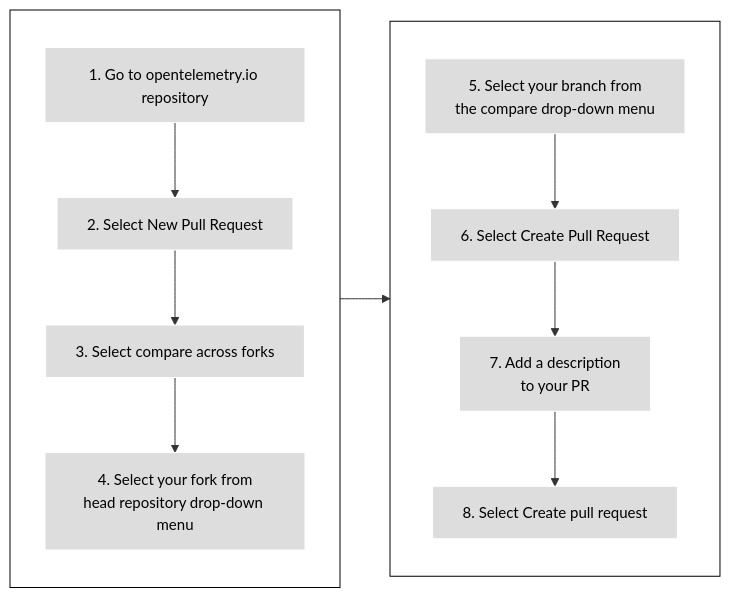
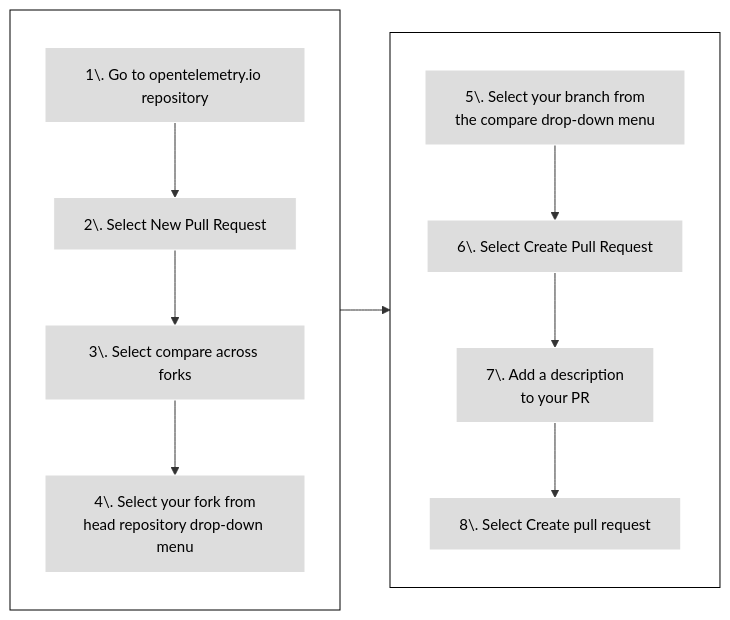
One commit to open-telemetry/opentelemetry.io changed the fourth of 4 diagrams in content/en/docs/contributing/pull-requests.md. Above: the diagram before and after it, drawn with Mermaid. The commit also changed other lines of this file, not shown here.

Commit message:
fix: Unsupported markdown: list due to missing parsed period in contributing/pull-requests page (#6253)

````diff
--- a/content/en/docs/contributing/pull-requests.md
+++ b/content/en/docs/contributing/pull-requests.md
@@ -288,22 +288,22 @@
 ```mermaid
 flowchart LR
 subgraph first[ ]
 direction TB
-1[1. Go to opentelemetry.io repository] --> 2[2. Select New Pull Request]
-2 --> 3[3. Select compare across forks]
-3 --> 4[4. Select your fork from<br>head repository drop-down menu]
+1[1\. Go to opentelemetry.io repository] --> 2[2\. Select New Pull Request]
+2 --> 3[3\. Select compare across forks]
+3 --> 4[4\. Select your fork from<br>head repository drop-down menu]
 end
 subgraph second [ ]
 direction TB
-5[5. Select your branch from<br>the compare drop-down menu] --> 6[6. Select Create Pull Request]
-6 --> 7[7. Add a description<br>to your PR]
-7 --> 8[8. Select Create pull request]
+5[5\. Select your branch from<br>the compare drop-down menu] --> 6[6\. Select Create Pull Request]
+6 --> 7[7\. Add a description<br>to your PR]
+7 --> 8[8\. Select Create pull request]
 end
 
 first --> second
 
 classDef grey fill:#dddddd,stroke:#ffffff,stroke-width:px,color:#000000, font-size:15px;
 classDef white fill:#ffffff,stroke:#000,stroke-width:px,color:#000,font-weight:bold
 class 1,2,3,4,5,6,7,8 grey
 class first,second white
 ```
````
